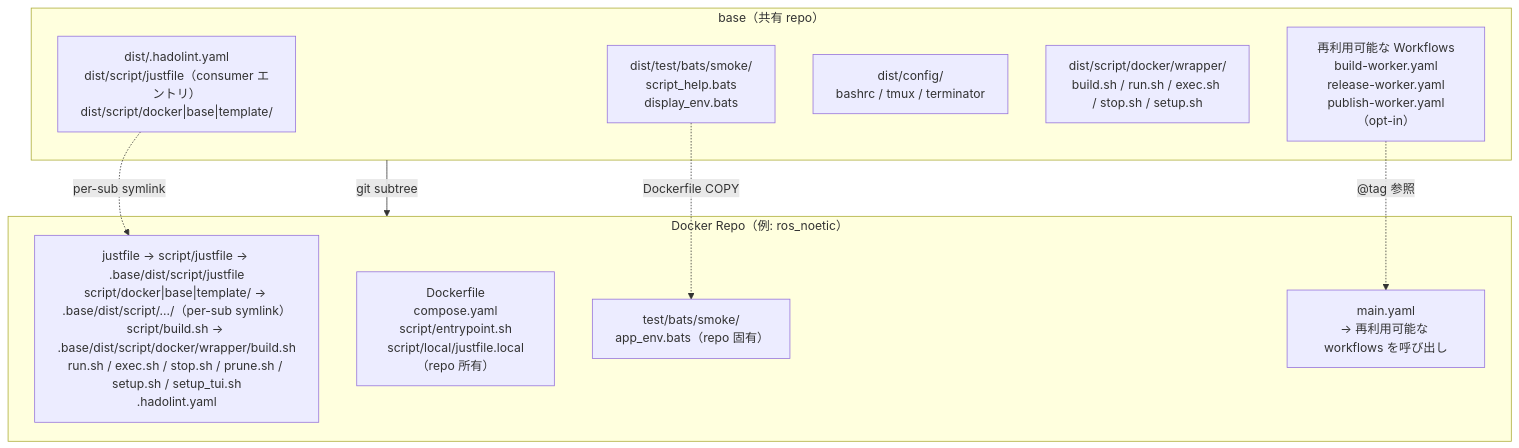
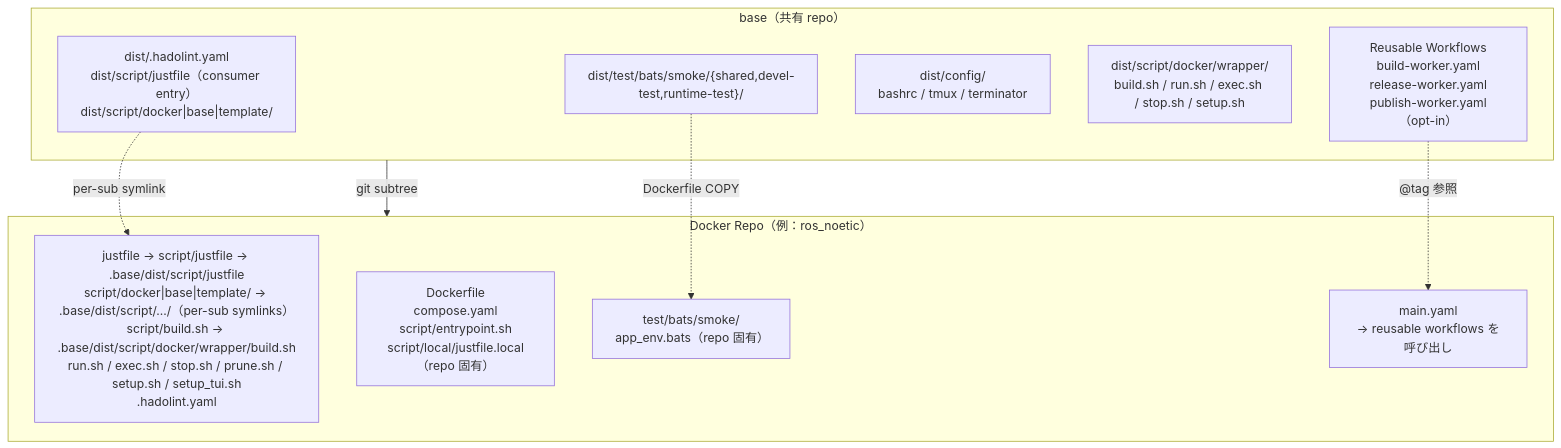
Before and after one commit to ycpss91255-docker/base: the first of 2 diagrams in doc/readme/README.ja.md, drawn with Mermaid. The commit also changed other lines of this file and 26 other files, not shown here.

````diff
--- a/doc/readme/README.ja.md
+++ b/doc/readme/README.ja.md
@@ -90,22 +97,22 @@
 ```mermaid
 graph TB
     subgraph base["base（共有 repo）"]
-        scripts["dist/.hadolint.yaml<br/>dist/script/justfile（consumer エントリ）<br/>dist/script/docker|base|template/"]
-        smoke["dist/test/bats/smoke/<br/>script_help.bats<br/>display_env.bats"]
+        scripts["dist/.hadolint.yaml<br/>dist/script/justfile（consumer entry）<br/>dist/script/docker|base|template/"]
+        smoke["dist/test/bats/smoke/{shared,devel-test,runtime-test}/"]
         config["dist/config/<br/>bashrc / tmux / terminator"]
         mgmt["dist/script/docker/wrapper/<br/>build.sh / run.sh / exec.sh / stop.sh / setup.sh"]
-        workflows["再利用可能な Workflows<br/>build-worker.yaml<br/>release-worker.yaml<br/>publish-worker.yaml（opt-in）"]
+        workflows["Reusable Workflows<br/>build-worker.yaml<br/>release-worker.yaml<br/>publish-worker.yaml（opt-in）"]
     end
 
-    subgraph consumer["Docker Repo（例: ros_noetic）"]
-        symlinks["justfile → script/justfile → .base/dist/script/justfile<br/>script/docker|base|template/ → .base/dist/script/.../（per-sub symlink）<br/>script/build.sh → .base/dist/script/docker/wrapper/build.sh<br/>run.sh / exec.sh / stop.sh / prune.sh / setup.sh / setup_tui.sh<br/>.hadolint.yaml"]
-        dockerfile["Dockerfile<br/>compose.yaml<br/>script/entrypoint.sh<br/>script/local/justfile.local（repo 所有）"]
+    subgraph consumer["Docker Repo（例：ros_noetic）"]
+        symlinks["justfile → script/justfile → .base/dist/script/justfile<br/>script/docker|base|template/ → .base/dist/script/.../（per-sub symlinks）<br/>script/build.sh → .base/dist/script/docker/wrapper/build.sh<br/>run.sh / exec.sh / stop.sh / prune.sh / setup.sh / setup_tui.sh<br/>.hadolint.yaml"]
+        dockerfile["Dockerfile<br/>compose.yaml<br/>script/entrypoint.sh<br/>script/local/justfile.local（repo 固有）"]
         repo_test["test/bats/smoke/<br/>app_env.bats（repo 固有）"]
-        main_yaml["main.yaml<br/>→ 再利用可能な workflows を呼び出し"]
+        main_yaml["main.yaml<br/>→ reusable workflows を呼び出し"]
     end
 
     base -- "git subtree" --> consumer
     scripts -. "per-sub symlink" .-> symlinks
     smoke -. "Dockerfile COPY" .-> repo_test
     workflows -. "@tag 参照" .-> main_yaml
 ```
````
